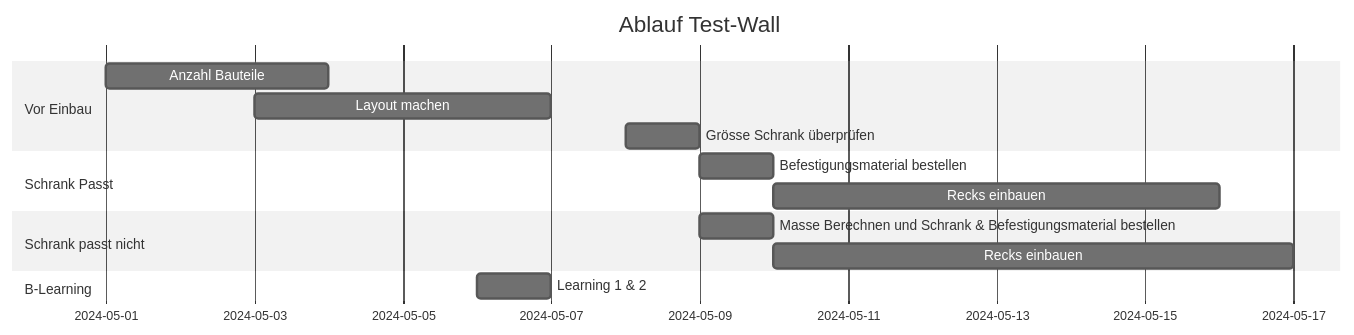
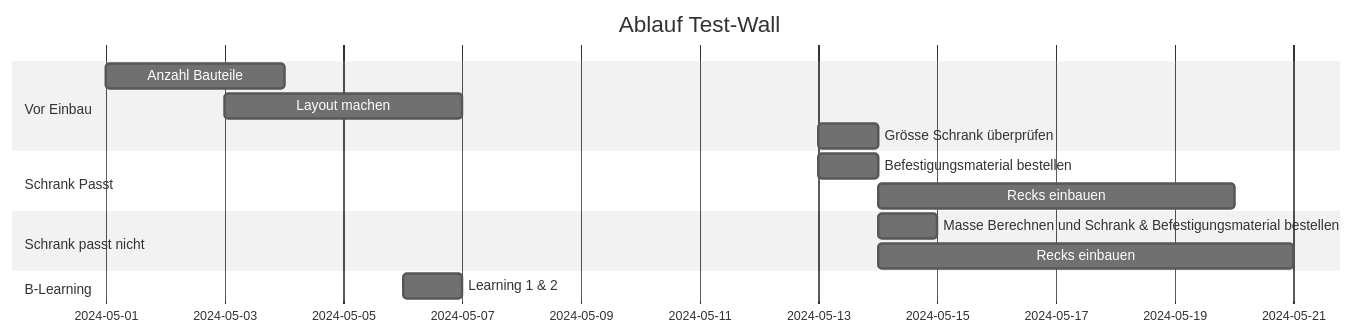
Before and after one commit to BenZiep/BenZiep: the diagram in Ablauf_Test-Wall.mmd, drawn with Mermaid (neutral theme).

```diff
--- a/Ablauf_Test-Wall.mmd
+++ b/Ablauf_Test-Wall.mmd
@@ -1,15 +1,15 @@
 gantt
     title Ablauf Test-Wall
     dateFormat  YYYY-MM-DD
     section Vor Einbau
     Anzahl Bauteile           :a1, 2024-05-01, 3d
     Layout machen     :a2, 2024-05-03  , 4d
-    Grösse Schrank überprüfen :a3, 2024-05-08, 1d
+    Grösse Schrank überprüfen :a3, 2024-05-13, 1d
     section Schrank Passt
-    Befestigungsmaterial bestellen      :b1, 2024-05-09 , 1d
+    Befestigungsmaterial bestellen      :b1, 2024-05-13 , 1d
     Recks einbauen      :after b1, 6d
     section Schrank passt nicht
     Masse Berechnen und Schrank & Befestigungsmaterial bestellen :after a3, 1d
     Recks einbauen :c1, after b1, 7d
     section B-Learning
     Learning 1 & 2 :d1, 2024-05-06, 1d
```
